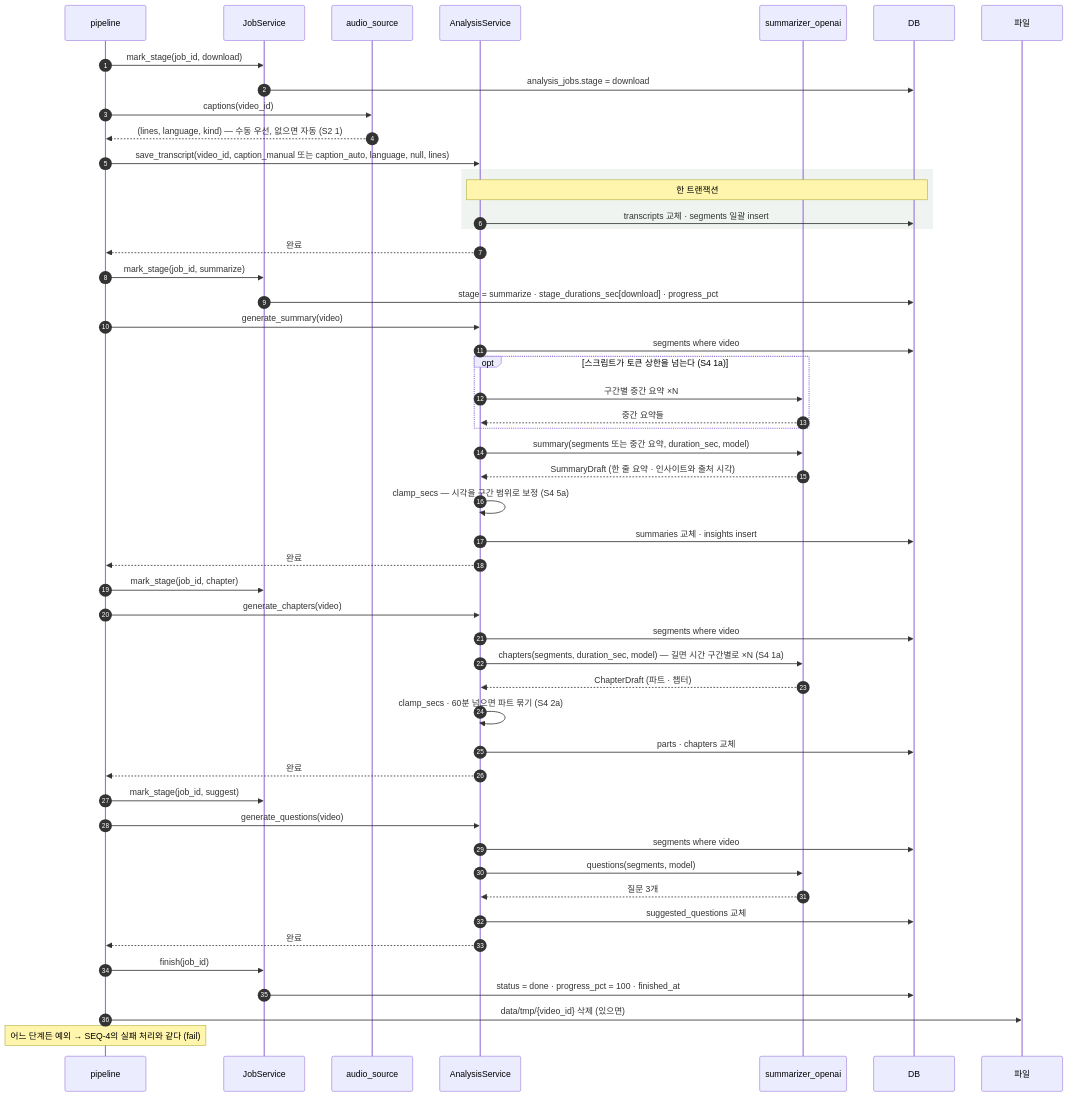
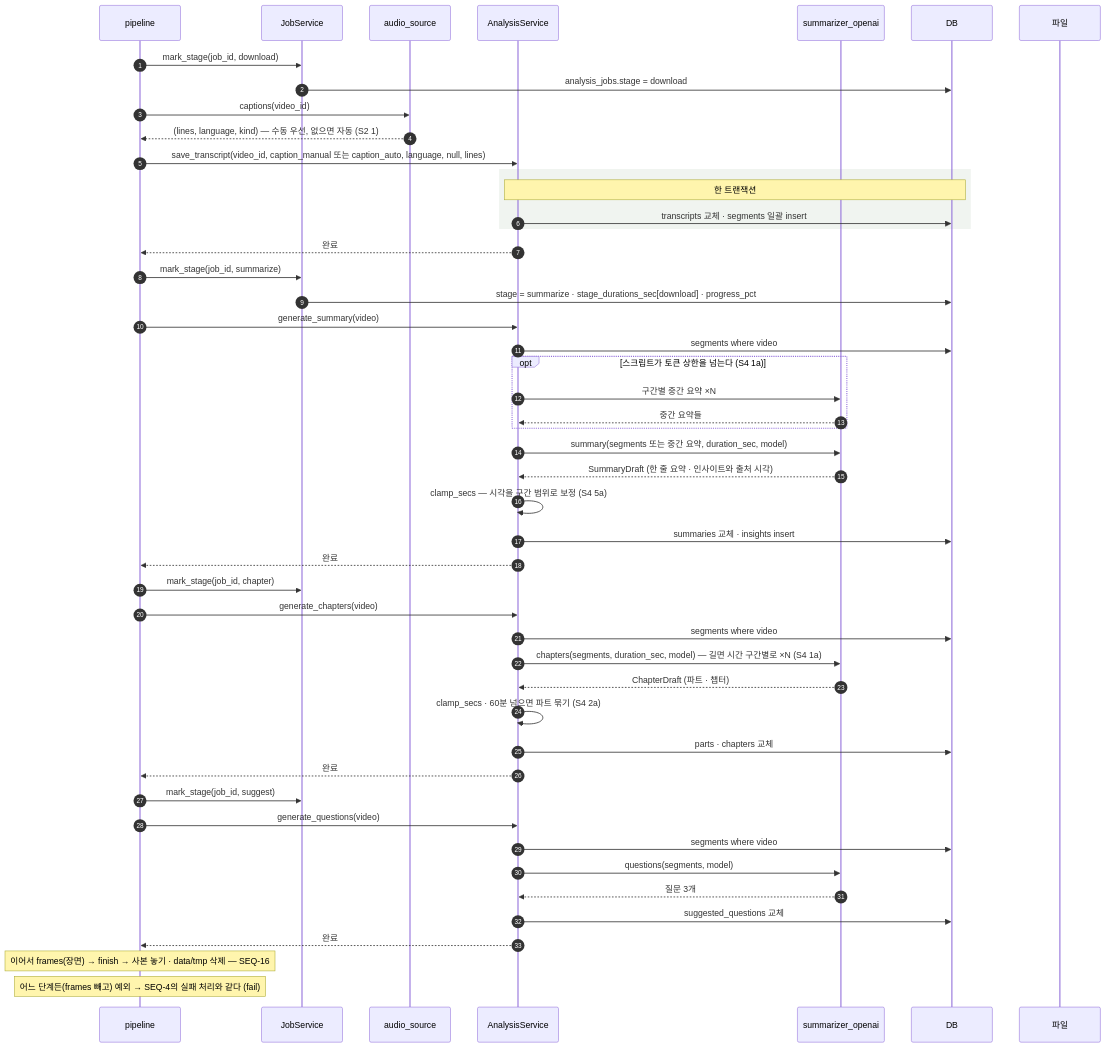
The third of 19 diagrams in docs/specs/09-SEQ/VA-SEQ-001.md (HoyoungParkme/video-agent), drawn with Mermaid before and after one commit. The commit also changed other lines of this file, not shown here.

First line of the commit message:
결과 그림 · 파일 올리기 시퀀스 — 새 흐름 넷(SEQ-15 올리기 · SEQ-16 장면 단계와 끝 · SEQ-17 옛 결과 장면 채우기 · SEQ-18 인포그래픽 맡기기), 폴링이 장면 칸을 받고 · 결과가 채우기 · 인포그래픽을 잇고 · 내보내기가 그림을 복사하고 · 삭제가 뒤 일을 멈추고 · 시작이 사본을 청소한다, 되먹일 것 9~11

````diff
--- a/docs/specs/09-SEQ/VA-SEQ-001.md
+++ b/docs/specs/09-SEQ/VA-SEQ-001.md
@@ -253,54 +263,52 @@
 ```mermaid
 sequenceDiagram
     autonumber
     participant PL as pipeline
     participant JS as JobService
     participant AU as audio_source
     participant AS as AnalysisService
     participant SM as summarizer_openai
     participant DB
     participant FS as 파일
 
     PL->>JS: mark_stage(job_id, download)
     JS->>DB: analysis_jobs.stage = download
     PL->>AU: captions(video_id)
     AU-->>PL: (lines, language, kind) — 수동 우선, 없으면 자동 (S2 1)
     PL->>AS: save_transcript(video_id, caption_manual 또는 caption_auto, language, null, lines)
     rect rgb(240,244,240)
         Note over AS,DB: 한 트랜잭션
         AS->>DB: transcripts 교체 · segments 일괄 insert
     end
     AS-->>PL: 완료
     PL->>JS: mark_stage(job_id, summarize)
     JS->>DB: stage = summarize · stage_durations_sec[download] · progress_pct
     PL->>AS: generate_summary(video)
     AS->>DB: segments where video
     opt 스크립트가 토큰 상한을 넘는다 (S4 1a)
         AS->>SM: 구간별 중간 요약 ×N
         SM-->>AS: 중간 요약들
     end
     AS->>SM: summary(segments 또는 중간 요약, duration_sec, model)
     SM-->>AS: SummaryDraft (한 줄 요약 · 인사이트와 출처 시각)
     AS->>AS: clamp_secs — 시각을 구간 범위로 보정 (S4 5a)
     AS->>DB: summaries 교체 · insights insert
     AS-->>PL: 완료
     PL->>JS: mark_stage(job_id, chapter)
     PL->>AS: generate_chapters(video)
     AS->>DB: segments where video
     AS->>SM: chapters(segments, duration_sec, model) — 길면 시간 구간별로 ×N (S4 1a)
     SM-->>AS: ChapterDraft (파트 · 챕터)
     AS->>AS: clamp_secs · 60분 넘으면 파트 묶기 (S4 2a)
     AS->>DB: parts · chapters 교체
     AS-->>PL: 완료
     PL->>JS: mark_stage(job_id, suggest)
     PL->>AS: generate_questions(video)
     AS->>DB: segments where video
     AS->>SM: questions(segments, model)
     SM-->>AS: 질문 3개
     AS->>DB: suggested_questions 교체
     AS-->>PL: 완료
-    PL->>JS: finish(job_id)
-    JS->>DB: status = done · progress_pct = 100 · finished_at
-    PL->>FS: data/tmp/{video_id} 삭제 (있으면)
-    Note over PL: 어느 단계든 예외 → SEQ-4의 실패 처리와 같다 (fail)
+    Note over PL: 이어서 frames(장면) → finish → 사본 놓기 · data/tmp 삭제 — SEQ-16
+    Note over PL: 어느 단계든(frames 빼고) 예외 → SEQ-4의 실패 처리와 같다 (fail)
 ```
````
